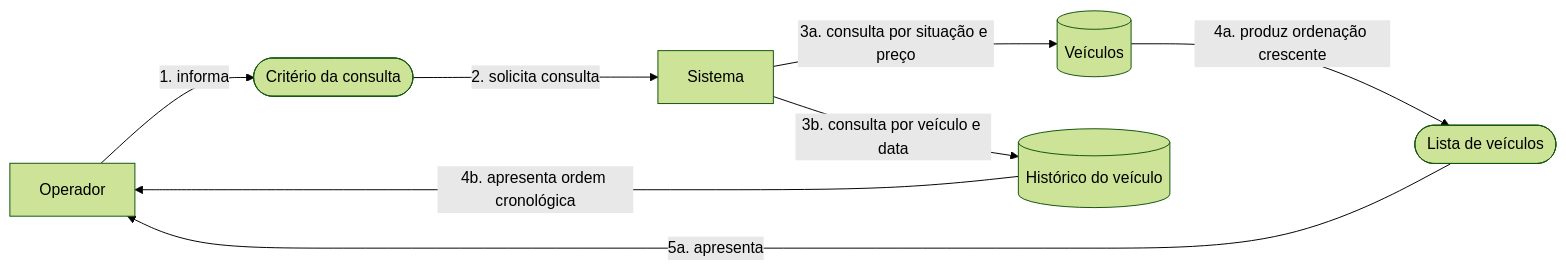
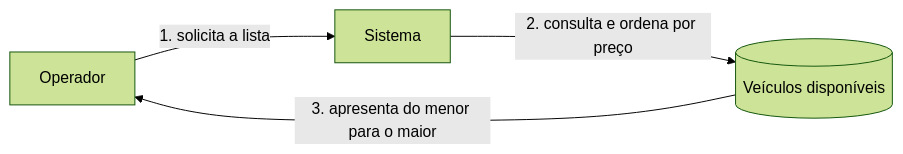
Before and after one commit to edionay/fiap-r: the fourth of 5 diagrams in docs/ddd/domain-storytelling.md, drawn with Mermaid (forest theme). The commit also changed other lines of this file and 2 other files, not shown here.

````diff
--- a/docs/ddd/domain-storytelling.md
+++ b/docs/ddd/domain-storytelling.md
@@ -168,17 +92,10 @@
 ```mermaid
 flowchart LR
     O[Operador]
-    F([Critério da consulta])
     S[Sistema]
-    V[(Veículos)]
-    H[(Histórico do veículo)]
-    L([Lista de veículos])
+    V[(Veículos disponíveis)]
 
-    O -->|1. informa| F
-    F -->|2. solicita consulta| S
-    S -->|3a. consulta por situação e preço| V
-    S -->|3b. consulta por veículo e data| H
-    V -->|4a. produz ordenação crescente| L
-    L -->|5a. apresenta| O
-    H -->|4b. apresenta ordem cronológica| O
+    O -->|1. solicita a lista| S
+    S -->|2. consulta e ordena por preço| V
+    V -->|3. apresenta do menor para o maior| O
 ```
````
